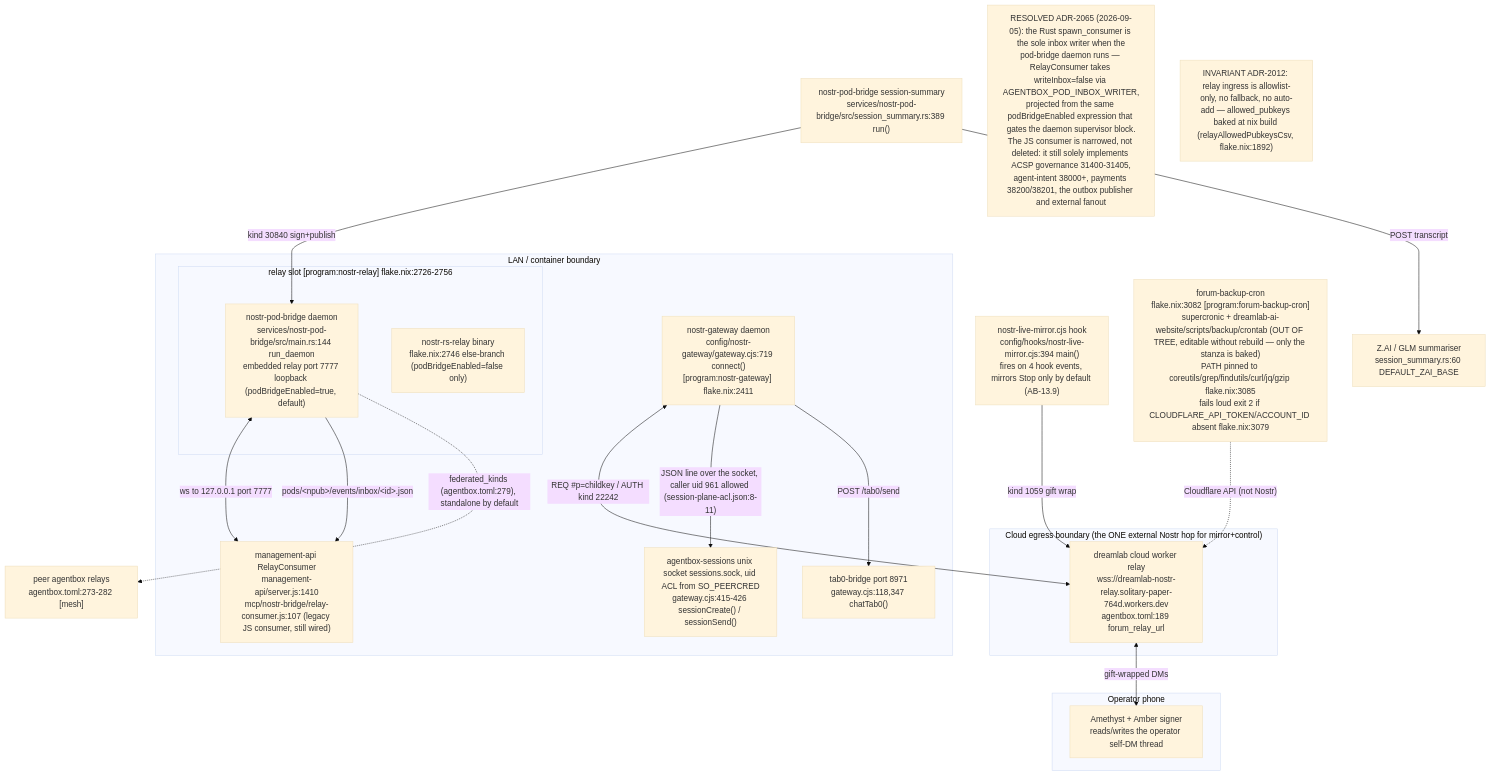
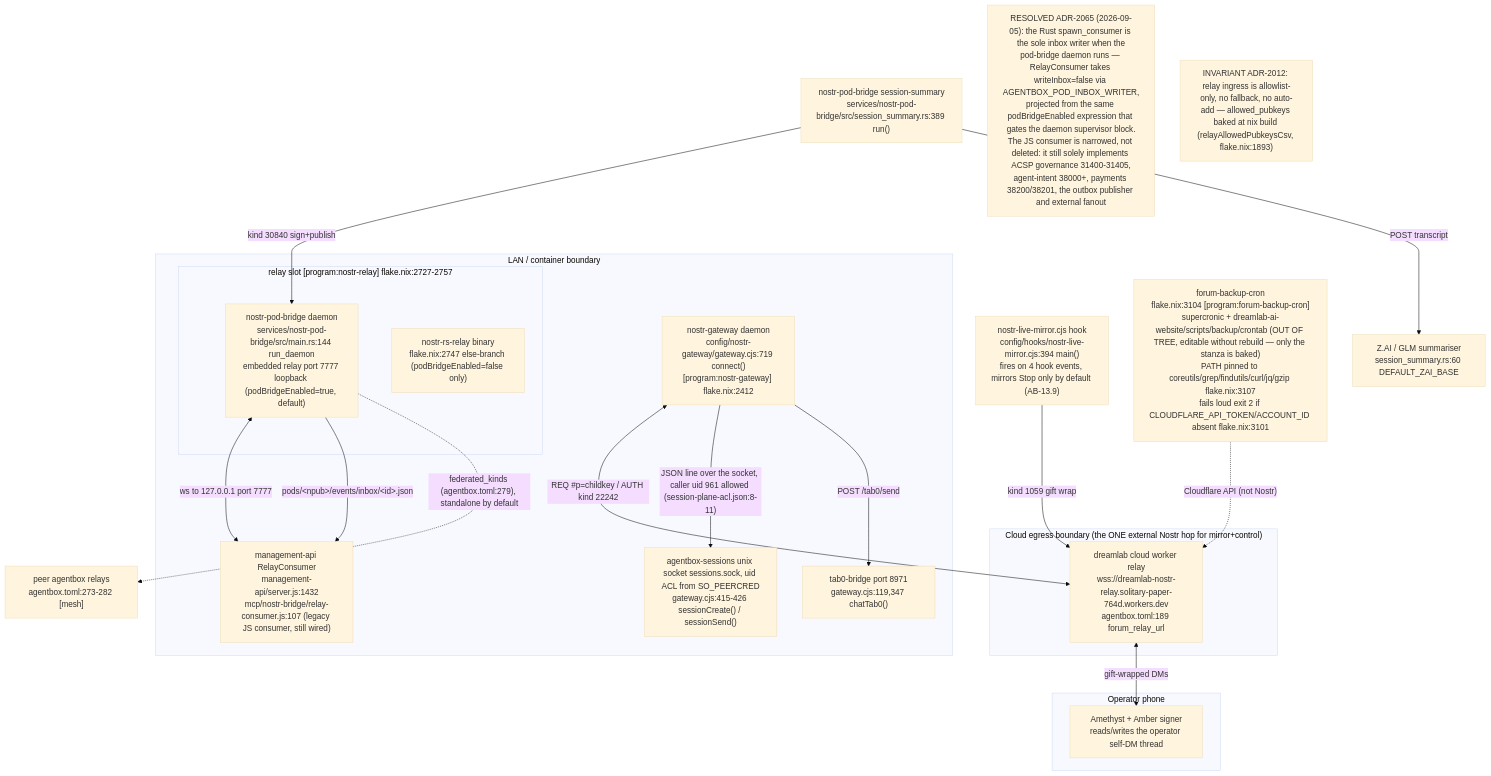
The first of 16 diagrams in docs/diagrams/agentbox/13-nostr-relay-gateway-bridge-mirror.md (DreamLab-AI/VisionFlow), drawn with Mermaid (base theme) before and after one commit. The commit also changed other lines of this file and 173 other files, not shown here.

````diff
--- a/docs/diagrams/agentbox/13-nostr-relay-gateway-bridge-mirror.md
+++ b/docs/diagrams/agentbox/13-nostr-relay-gateway-bridge-mirror.md
@@ -46,39 +46,39 @@
 ```mermaid
 flowchart TB
     subgraph lan["LAN / container boundary"]
-        subgraph relayslot["relay slot [program:nostr-relay] flake.nix:2726-2756"]
+        subgraph relayslot["relay slot [program:nostr-relay] flake.nix:2727-2757"]
             PB["nostr-pod-bridge daemon<br/>services/nostr-pod-bridge/src/main.rs:144 run_daemon<br/>embedded relay port 7777 loopback (podBridgeEnabled=true, default)"]
-            RS["nostr-rs-relay binary<br/>flake.nix:2746 else-branch (podBridgeEnabled=false only)"]
+            RS["nostr-rs-relay binary<br/>flake.nix:2747 else-branch (podBridgeEnabled=false only)"]
         end
-        GW["nostr-gateway daemon<br/>config/nostr-gateway/gateway.cjs:719 connect()<br/>[program:nostr-gateway] flake.nix:2411"]
-        MGMT["management-api RelayConsumer<br/>management-api/server.js:1410<br/>mcp/nostr-bridge/relay-consumer.js:107 (legacy JS consumer, still wired)"]
+        GW["nostr-gateway daemon<br/>config/nostr-gateway/gateway.cjs:719 connect()<br/>[program:nostr-gateway] flake.nix:2412"]
+        MGMT["management-api RelayConsumer<br/>management-api/server.js:1432<br/>mcp/nostr-bridge/relay-consumer.js:107 (legacy JS consumer, still wired)"]
         SESS["agentbox-sessions unix socket sessions.sock, uid ACL from SO_PEERCRED<br/>gateway.cjs:415-426 sessionCreate() / sessionSend()"]
-        TAB0["tab0-bridge port 8971<br/>gateway.cjs:118,347 chatTab0()"]
+        TAB0["tab0-bridge port 8971<br/>gateway.cjs:119,347 chatTab0()"]
     end
     subgraph cloud["Cloud egress boundary (the ONE external Nostr hop for mirror+control)"]
         CLOUD["dreamlab cloud worker relay<br/>wss://dreamlab-nostr-relay.solitary-paper-764d.workers.dev<br/>agentbox.toml:189 forum_relay_url"]
     end
     subgraph phone["Operator phone"]
         AME["Amethyst + Amber signer<br/>reads/writes the operator self-DM thread"]
     end
     MIRROR["nostr-live-mirror.cjs hook<br/>config/hooks/nostr-live-mirror.cjs:394 main()<br/>fires on 4 hook events, mirrors Stop only by default (AB-13.9)"]
     DIGEST["nostr-pod-bridge session-summary<br/>services/nostr-pod-bridge/src/session_summary.rs:389 run()"]
     ZAI["Z.AI / GLM summariser<br/>session_summary.rs:60 DEFAULT_ZAI_BASE"]
-    FORUM["forum-backup-cron<br/>flake.nix:3082 [program:forum-backup-cron]<br/>supercronic + dreamlab-ai-website/scripts/backup/crontab (OUT OF TREE, editable without rebuild — only the stanza is baked)<br/>PATH pinned to coreutils/grep/findutils/curl/jq/gzip flake.nix:3085<br/>fails loud exit 2 if CLOUDFLARE_API_TOKEN/ACCOUNT_ID absent flake.nix:3079"]
+    FORUM["forum-backup-cron<br/>flake.nix:3104 [program:forum-backup-cron]<br/>supercronic + dreamlab-ai-website/scripts/backup/crontab (OUT OF TREE, editable without rebuild — only the stanza is baked)<br/>PATH pinned to coreutils/grep/findutils/curl/jq/gzip flake.nix:3107<br/>fails loud exit 2 if CLOUDFLARE_API_TOKEN/ACCOUNT_ID absent flake.nix:3101"]
     MESH["peer agentbox relays<br/>agentbox.toml:273-282 [mesh]"]
 
     MIRROR -->|"kind 1059 gift wrap"| CLOUD
     GW <-->|"REQ #p=childkey / AUTH kind 22242"| CLOUD
     CLOUD <-->|"gift-wrapped DMs"| AME
     DIGEST -->|"kind 30840 sign+publish"| PB
     DIGEST -->|"POST transcript"| ZAI
     PB <-->|"ws to 127.0.0.1 port 7777"| MGMT
     PB -->|"pods/&lt;npub&gt;/events/inbox/&lt;id&gt;.json"| MGMT
     GW -->|"JSON line over the socket, caller uid 961 allowed (session-plane-acl.json:8-11)"| SESS
     GW -->|"POST /tab0/send"| TAB0
     PB -.->|"federated_kinds (agentbox.toml:279), standalone by default"| MESH
     FORUM -.->|"Cloudflare API (not Nostr)"| CLOUD
 
 N1["RESOLVED ADR-2065 (2026-09-05): the Rust spawn_consumer is the sole inbox writer when the<br/>pod-bridge daemon runs — RelayConsumer takes writeInbox=false via AGENTBOX_POD_INBOX_WRITER,<br/>projected from the same podBridgeEnabled expression that gates the daemon supervisor block.<br/>The JS consumer is narrowed, not deleted: it still solely implements ACSP governance 31400-31405,<br/>agent-intent 38000+, payments 38200/38201, the outbox publisher and external fanout"]
-    N2["INVARIANT ADR-2012: relay ingress is allowlist-only, no fallback, no auto-add — allowed_pubkeys baked at nix build (relayAllowedPubkeysCsv, flake.nix:1892)"]
+    N2["INVARIANT ADR-2012: relay ingress is allowlist-only, no fallback, no auto-add — allowed_pubkeys baked at nix build (relayAllowedPubkeysCsv, flake.nix:1893)"]
 ```
````
